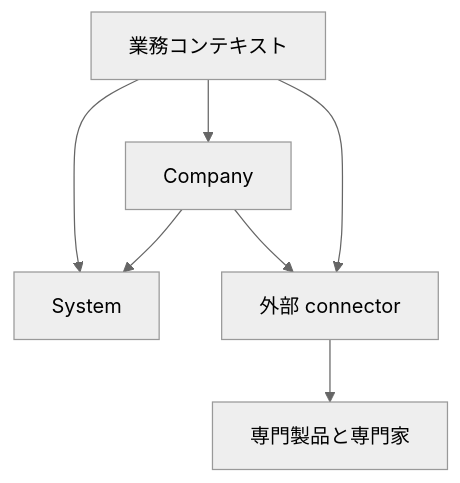
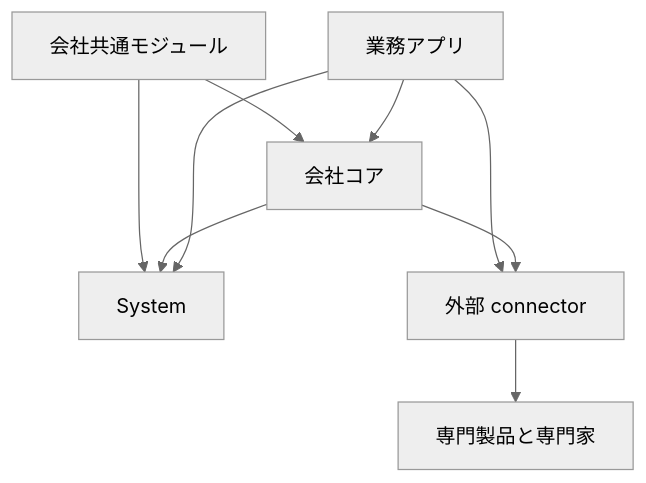
The first of 2 diagrams in .docs/capability-map.md (interactive-inc/open-bedrock), drawn with Mermaid (neutral theme) before and after one commit. The commit also changed other lines of this file and 61 other files, not shown here.

````diff
--- a/.docs/capability-map.md
+++ b/.docs/capability-map.md
@@ -5,9 +5,11 @@
 ```mermaid
 flowchart TD
-  Apps["業務コンテキスト"] --> Company["Company"]
+  Modules["会社共通モジュール"] --> Company["会社コア"]
+  Modules --> System
+  Apps["業務アプリ"] --> Company
   Company --> System["System"]
   Apps --> System
   Apps --> Connectors["外部 connector"]
   Company --> Connectors
   Connectors --> External["専門製品と専門家"]
 ```
````
